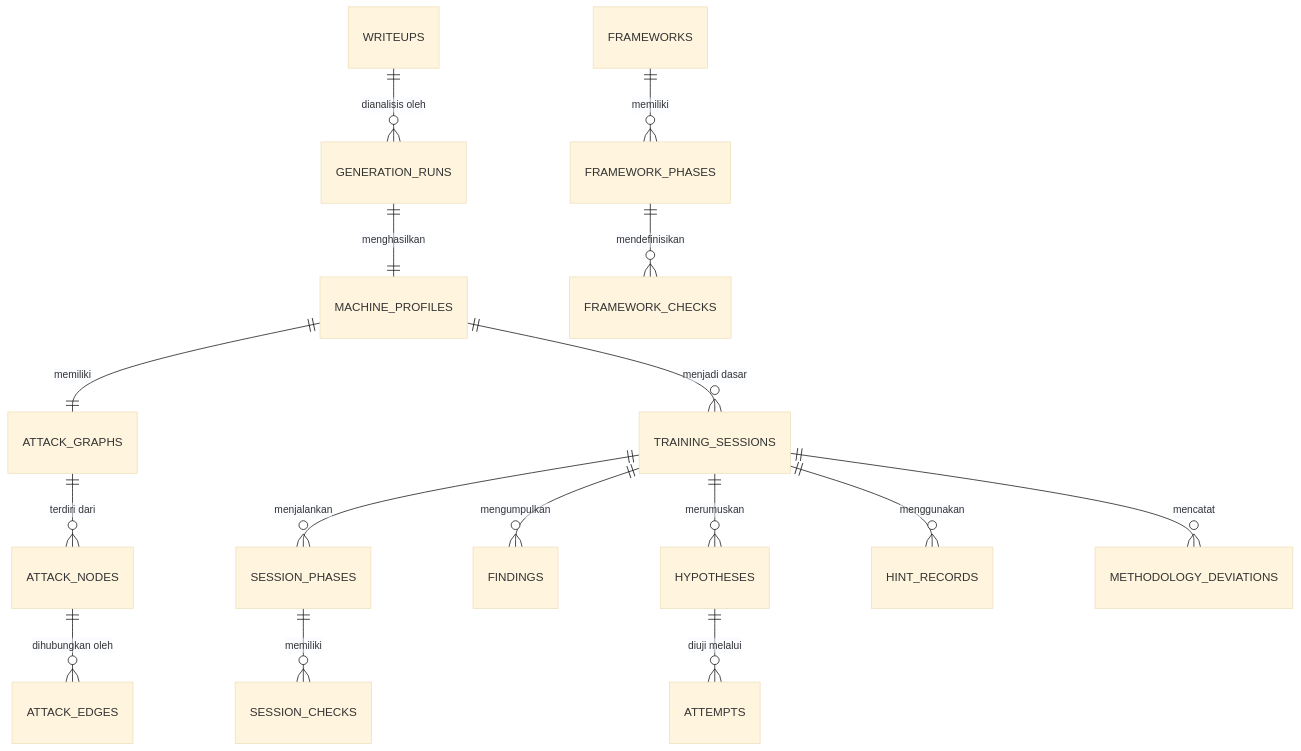
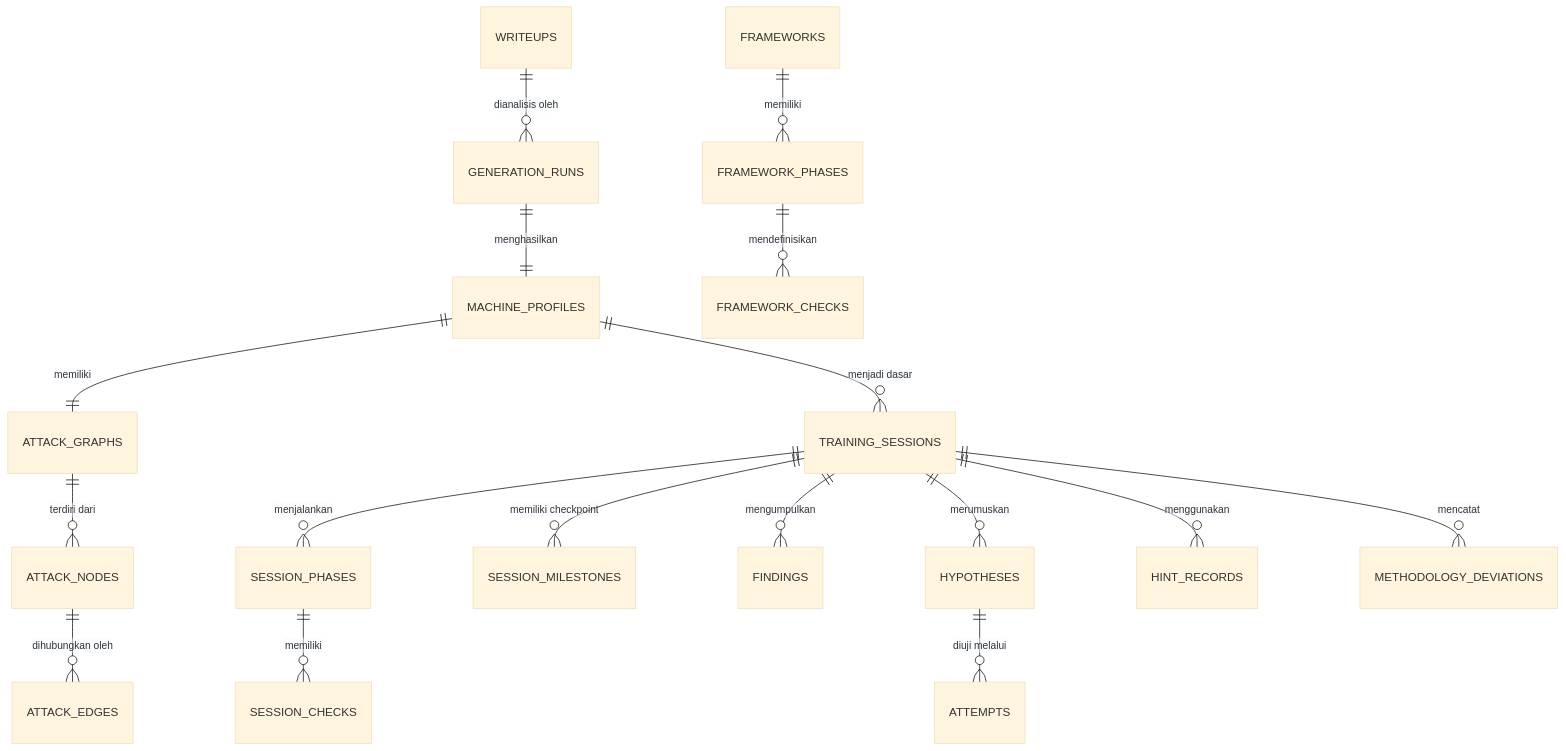
One commit to iyadeh/ctf-methodology-trainer changed the diagram in docs/PRD.md. Above: the diagram before and after it, drawn with Mermaid (base theme). The commit also changed other lines of this file and 4 other files, not shown here.

Commit message:
docs: synchronize PRD, architecture, frontend specs, and migrations with post-MVP enhancements

````diff
--- a/docs/PRD.md
+++ b/docs/PRD.md
@@ -359,20 +370,21 @@
 ```mermaid
 erDiagram
     WRITEUPS ||--o{ GENERATION_RUNS : "dianalisis oleh"
     GENERATION_RUNS ||--|| MACHINE_PROFILES : "menghasilkan"
     MACHINE_PROFILES ||--|| ATTACK_GRAPHS : "memiliki"
     ATTACK_GRAPHS ||--o{ ATTACK_NODES : "terdiri dari"
     ATTACK_NODES ||--o{ ATTACK_EDGES : "dihubungkan oleh"
     
     FRAMEWORKS ||--o{ FRAMEWORK_PHASES : "memiliki"
     FRAMEWORK_PHASES ||--o{ FRAMEWORK_CHECKS : "mendefinisikan"
     
     MACHINE_PROFILES ||--o{ TRAINING_SESSIONS : "menjadi dasar"
     TRAINING_SESSIONS ||--o{ SESSION_PHASES : "menjalankan"
     SESSION_PHASES ||--o{ SESSION_CHECKS : "memiliki"
+    TRAINING_SESSIONS ||--o{ SESSION_MILESTONES : "memiliki checkpoint"
     TRAINING_SESSIONS ||--o{ FINDINGS : "mengumpulkan"
     TRAINING_SESSIONS ||--o{ HYPOTHESES : "merumuskan"
     HYPOTHESES ||--o{ ATTEMPTS : "diuji melalui"
     TRAINING_SESSIONS ||--o{ HINT_RECORDS : "menggunakan"
     TRAINING_SESSIONS ||--o{ METHODOLOGY_DEVIATIONS : "mencatat"
 ```
````
